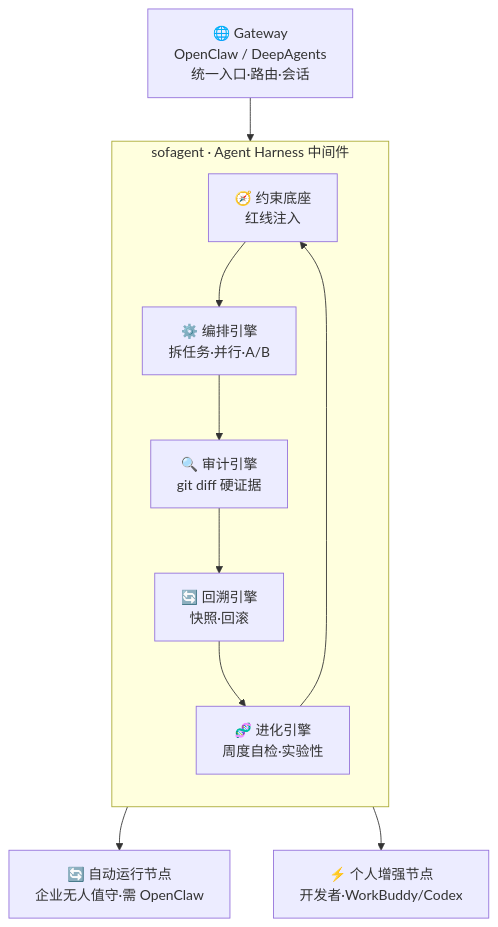
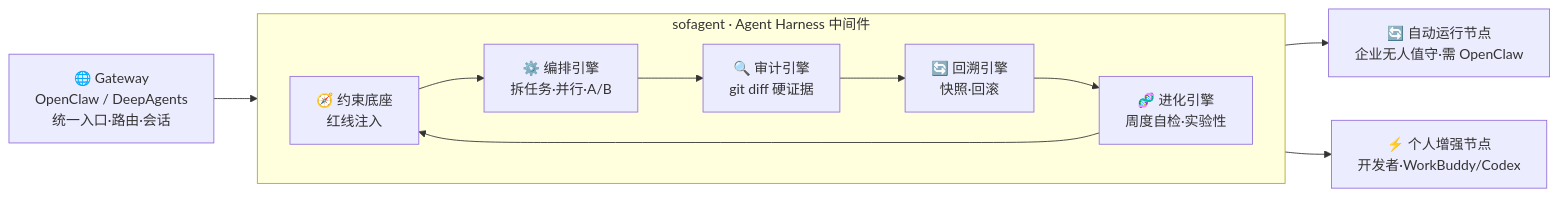
One commit to KongFangXun/sofagent changed the second of 6 diagrams in README.md. Above: the diagram before and after it, drawn with Mermaid. The commit also changed other lines of this file and 181 other files, not shown here.

````diff
--- a/README.md
+++ b/README.md
@@ -218,16 +168,16 @@
 ```mermaid
-flowchart TB
+flowchart LR
     GW[🌐 Gateway<br/>OpenClaw / DeepAgents<br/>统一入口·路由·会话]
     subgraph SA[sofagent · Agent Harness 中间件]
-        direction TB
+        direction LR
         CB[🧭 约束底座<br/>红线注入]
         OR[⚙️ 编排引擎<br/>拆任务·并行·A/B]
         AU[🔍 审计引擎<br/>git diff 硬证据]
         RE[🔄 回溯引擎<br/>快照·回滚]
         EV[🧬 进化引擎<br/>周度自检·实验性]
         CB --> OR --> AU --> RE --> EV --> CB
     end
     GW --> SA
     SA --> N1[🔄 自动运行节点<br/>企业无人值守·需 OpenClaw]
     SA --> N2[⚡ 个人增强节点<br/>开发者·WorkBuddy/Codex]
 ```
````
